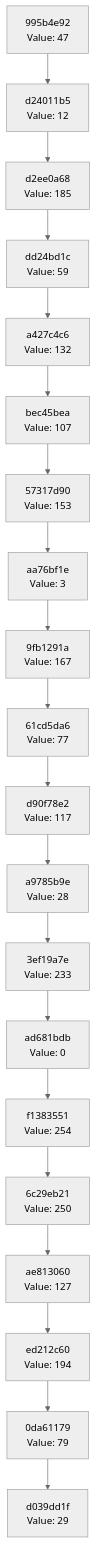
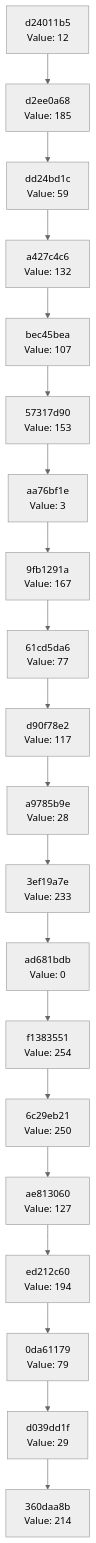
One commit to Abhisheksinha1506/hash-chain-evolver changed the diagram in docs/CHAIN_VISUALIZATION.md. Above: the diagram before and after it, drawn with Mermaid (neutral theme). The commit also changed 3 other files, not shown here.

````diff
--- a/docs/CHAIN_VISUALIZATION.md
+++ b/docs/CHAIN_VISUALIZATION.md
@@ -3,42 +3,42 @@
 ```mermaid
 graph TD
-    C0["d039dd1f<br/>Value: 29"]
-    C1["0da61179<br/>Value: 79"]
+    C0["360daa8b<br/>Value: 214"]
+    C1["d039dd1f<br/>Value: 29"]
     C1 --> C0
-    C2["ed212c60<br/>Value: 194"]
+    C2["0da61179<br/>Value: 79"]
     C2 --> C1
-    C3["ae813060<br/>Value: 127"]
+    C3["ed212c60<br/>Value: 194"]
     C3 --> C2
-    C4["6c29eb21<br/>Value: 250"]
+    C4["ae813060<br/>Value: 127"]
     C4 --> C3
-    C5["f1383551<br/>Value: 254"]
+    C5["6c29eb21<br/>Value: 250"]
     C5 --> C4
-    C6["ad681bdb<br/>Value: 0"]
+    C6["f1383551<br/>Value: 254"]
     C6 --> C5
-    C7["3ef19a7e<br/>Value: 233"]
+    C7["ad681bdb<br/>Value: 0"]
     C7 --> C6
-    C8["a9785b9e<br/>Value: 28"]
+    C8["3ef19a7e<br/>Value: 233"]
     C8 --> C7
-    C9["d90f78e2<br/>Value: 117"]
+    C9["a9785b9e<br/>Value: 28"]
     C9 --> C8
-    C10["61cd5da6<br/>Value: 77"]
+    C10["d90f78e2<br/>Value: 117"]
     C10 --> C9
-    C11["9fb1291a<br/>Value: 167"]
+    C11["61cd5da6<br/>Value: 77"]
     C11 --> C10
-    C12["aa76bf1e<br/>Value: 3"]
+    C12["9fb1291a<br/>Value: 167"]
     C12 --> C11
-    C13["57317d90<br/>Value: 153"]
+    C13["aa76bf1e<br/>Value: 3"]
     C13 --> C12
-    C14["bec45bea<br/>Value: 107"]
+    C14["57317d90<br/>Value: 153"]
     C14 --> C13
-    C15["a427c4c6<br/>Value: 132"]
+    C15["bec45bea<br/>Value: 107"]
     C15 --> C14
-    C16["dd24bd1c<br/>Value: 59"]
+    C16["a427c4c6<br/>Value: 132"]
     C16 --> C15
-    C17["d2ee0a68<br/>Value: 185"]
+    C17["dd24bd1c<br/>Value: 59"]
     C17 --> C16
-    C18["d24011b5<br/>Value: 12"]
+    C18["d2ee0a68<br/>Value: 185"]
     C18 --> C17
-    C19["995b4e92<br/>Value: 47"]
+    C19["d24011b5<br/>Value: 12"]
     C19 --> C18
 ```
````
